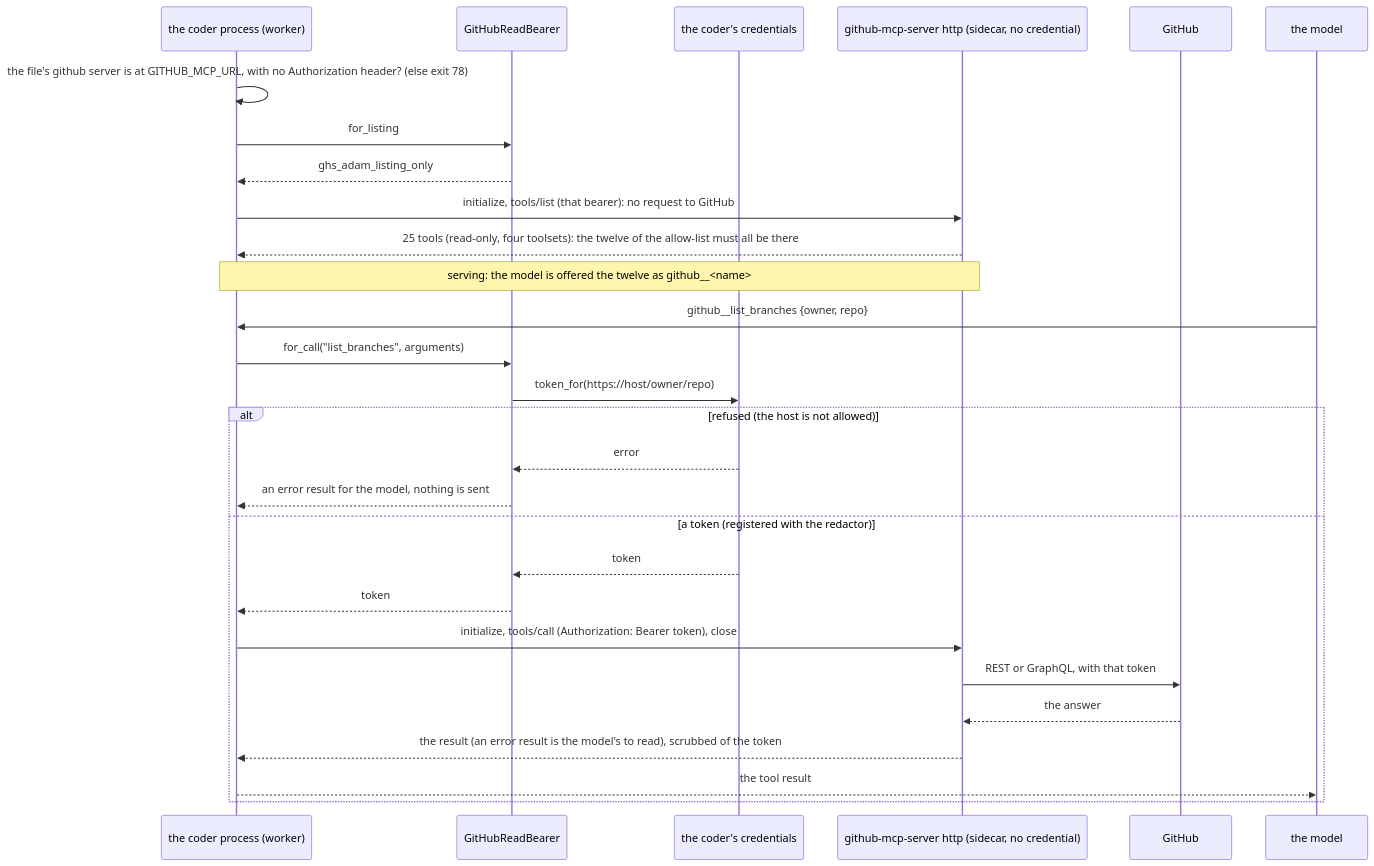
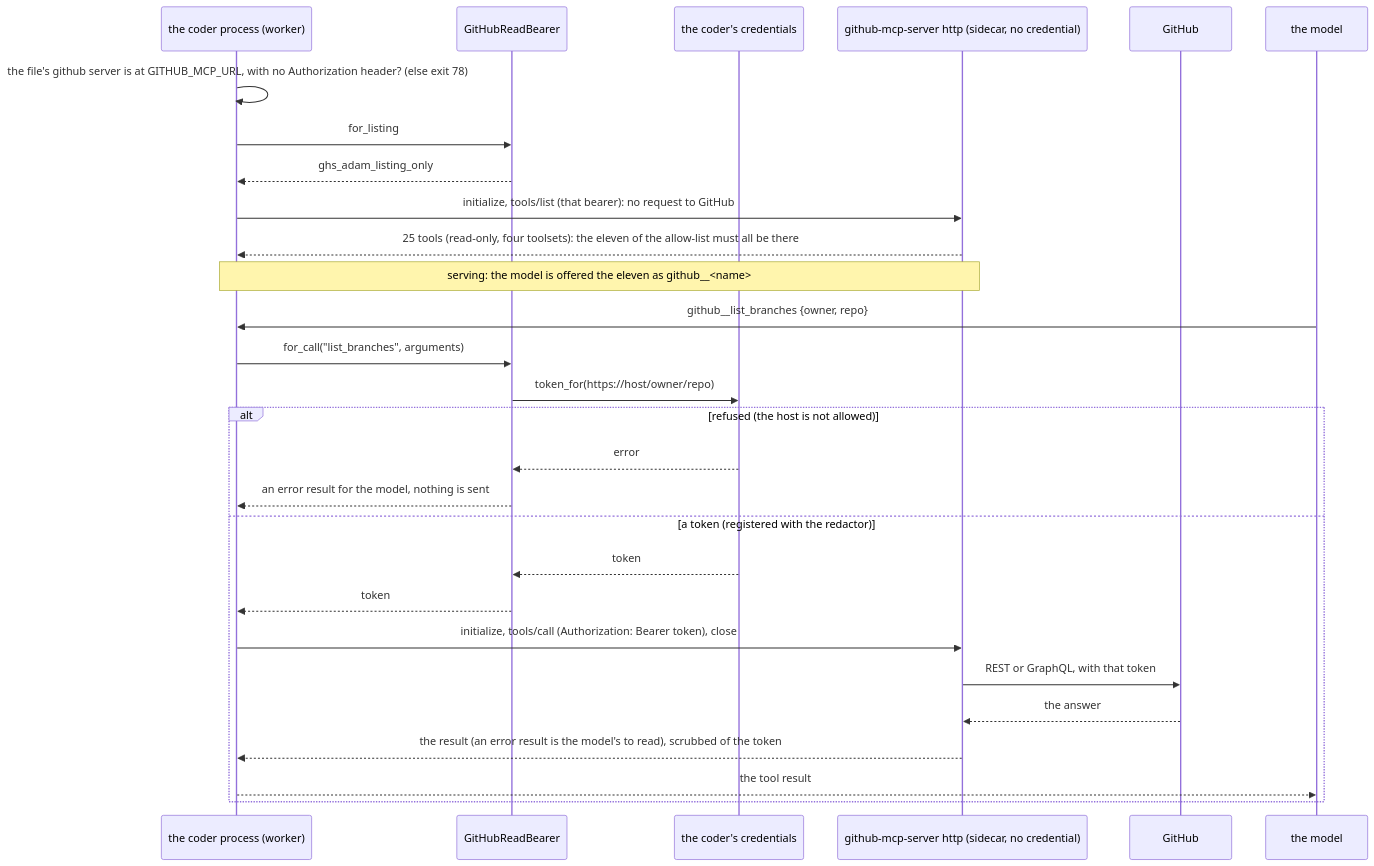
Diagram 29 of 29 in bin/adam-coder/README.md (vymalo/another-adam-rs), drawn with Mermaid before and after one commit. The commit also changed other lines of this file and 50 other files, not shown here.

````diff
--- a/bin/adam-coder/README.md
+++ b/bin/adam-coder/README.md
@@ -1874,30 +1927,30 @@
 ```mermaid
 sequenceDiagram
   participant P as the coder process (worker)
   participant B as GitHubReadBearer
   participant C as the coder's credentials
   participant S as github-mcp-server http (sidecar, no credential)
   participant G as GitHub
   participant M as the model
   P->>P: the file's github server is at GITHUB_MCP_URL, with no Authorization header? (else exit 78)
   P->>B: for_listing
   B-->>P: ghs_adam_listing_only
   P->>S: initialize, tools/list (that bearer): no request to GitHub
-  S-->>P: 25 tools (read-only, four toolsets): the twelve of the allow-list must all be there
-  Note over P,S: serving: the model is offered the twelve as github__<name>
+  S-->>P: 25 tools (read-only, four toolsets): the eleven of the allow-list must all be there
+  Note over P,S: serving: the model is offered the eleven as github__<name>
   M->>P: github__list_branches {owner, repo}
   P->>B: for_call("list_branches", arguments)
   B->>C: token_for(https://host/owner/repo)
   alt refused (the host is not allowed)
     C-->>B: error
     B-->>P: an error result for the model, nothing is sent
   else a token (registered with the redactor)
     C-->>B: token
     B-->>P: token
     P->>S: initialize, tools/call (Authorization: Bearer token), close
     S->>G: REST or GraphQL, with that token
     G-->>S: the answer
     S-->>P: the result (an error result is the model's to read), scrubbed of the token
     P-->>M: the tool result
   end
 ```
````
